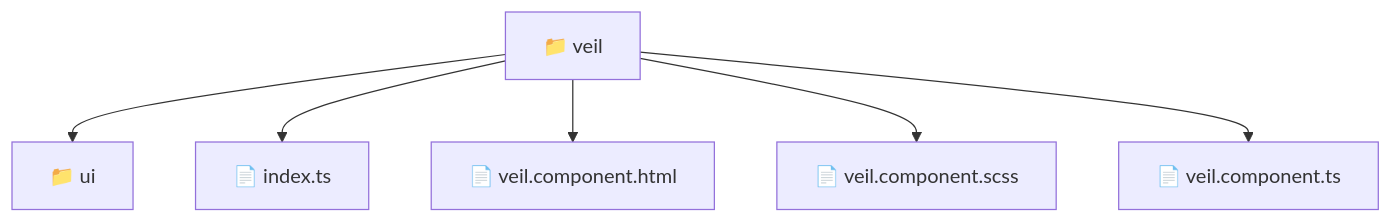
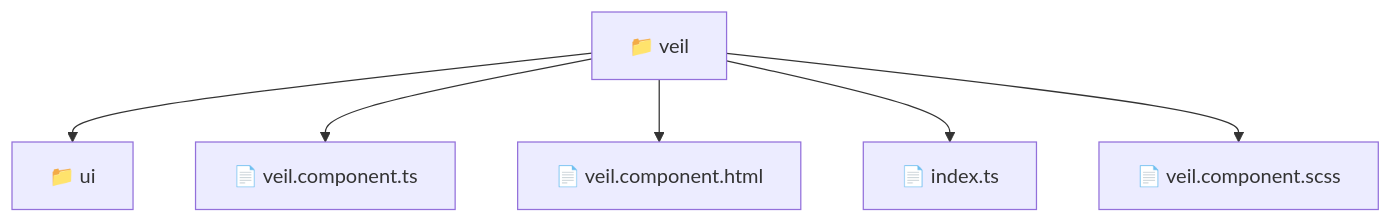
Before and after one commit to beginwebdev2002/fullstack-mavluda: the diagram in frontend/src/pages/veil/README.md, drawn with Mermaid. The commit also changed other lines of this file and 157 other files, not shown here.

````diff
--- a/frontend/src/pages/veil/README.md
+++ b/frontend/src/pages/veil/README.md
@@ -11,9 +11,9 @@
 ```mermaid
 graph TD
-  Root["📁 veil"]
-  Root --> ui["📁 ui"]
-  Root --> index_ts["📄 index.ts"]
-  Root --> veil_component_html["📄 veil.component.html"]
-  Root --> veil_component_scss["📄 veil.component.scss"]
-  Root --> veil_component_ts["📄 veil.component.ts"]
+  veil["📁 veil"]
+  veil --> ui["📁 ui"]
+  veil --> veil_component_ts["📄 veil.component.ts"]
+  veil --> veil_component_html["📄 veil.component.html"]
+  veil --> index_ts["📄 index.ts"]
+  veil --> veil_component_scss["📄 veil.component.scss"]
 ```
````
